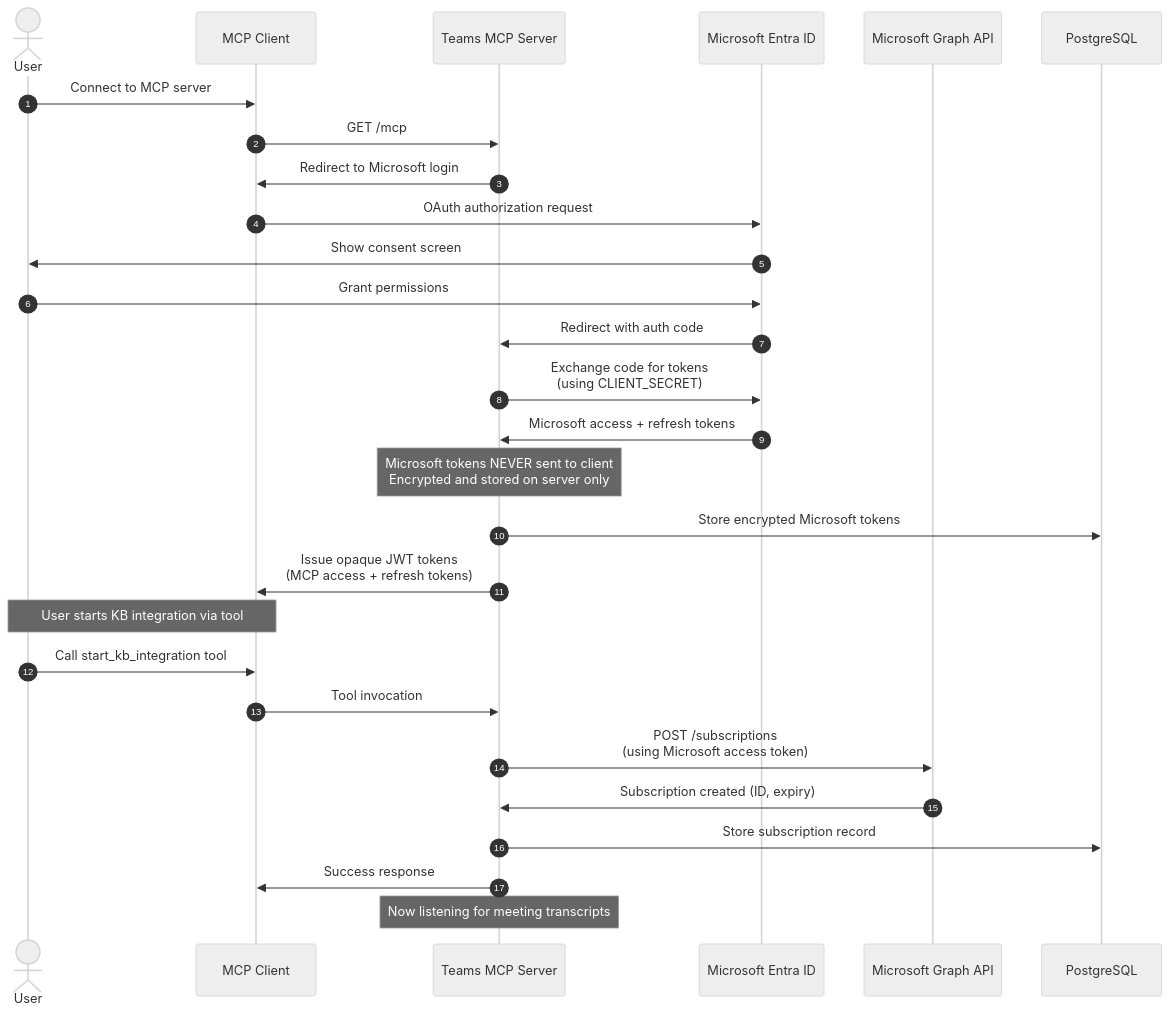
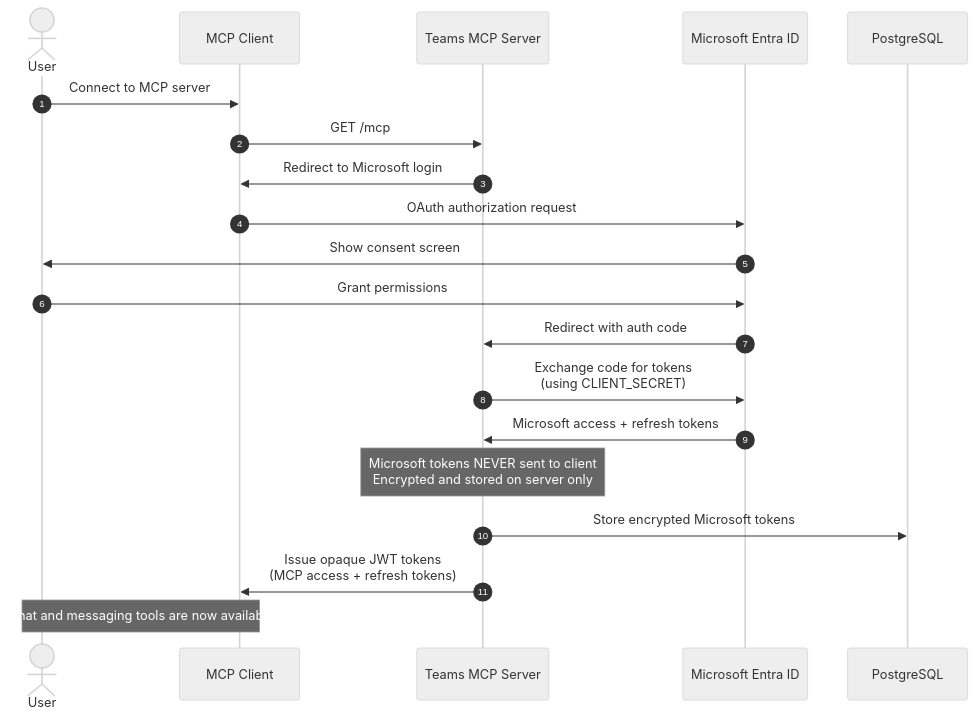
The second of 7 diagrams in services/teams-mcp/docs/technical/flows.md (Unique-AG/connectors), drawn with Mermaid before and after one commit. The commit also changed other lines of this file and 19 other files, not shown here.

First line of the commit message:
docs(recordings-and-transcripts,teams-mcp,ci): split ingestion docs into their own section

````diff
--- a/services/teams-mcp/docs/technical/flows.md
+++ b/services/teams-mcp/docs/technical/flows.md
@@ -53,34 +41,25 @@
 ```mermaid
 %%{init: {'theme': 'neutral', 'themeVariables': { 'fontSize': '14px' }}}%%
 sequenceDiagram
     autonumber
     actor User
     participant MCPClient as MCP Client
     participant TeamsMCP as Teams MCP Server
     participant EntraID as Microsoft Entra ID
-    participant MSGraph as Microsoft Graph API
     participant DB as PostgreSQL
 
     User->>MCPClient: Connect to MCP server
     MCPClient->>TeamsMCP: GET /mcp
     TeamsMCP->>MCPClient: Redirect to Microsoft login
     MCPClient->>EntraID: OAuth authorization request
     EntraID->>User: Show consent screen
     User->>EntraID: Grant permissions
     EntraID->>TeamsMCP: Redirect with auth code
     TeamsMCP->>EntraID: Exchange code for tokens<br/>(using CLIENT_SECRET)
     EntraID->>TeamsMCP: Microsoft access + refresh tokens
     Note over TeamsMCP: Microsoft tokens NEVER sent to client<br/>Encrypted and stored on server only
     TeamsMCP->>DB: Store encrypted Microsoft tokens
     TeamsMCP->>MCPClient: Issue opaque JWT tokens<br/>(MCP access + refresh tokens)
 
-    Note over User,MCPClient: User starts KB integration via tool
-    User->>MCPClient: Call start_kb_integration tool
-    MCPClient->>TeamsMCP: Tool invocation
-    TeamsMCP->>MSGraph: POST /subscriptions<br/>(using Microsoft access token)
-    MSGraph->>TeamsMCP: Subscription created (ID, expiry)
-    TeamsMCP->>DB: Store subscription record
-    TeamsMCP->>MCPClient: Success response
-
-    Note over TeamsMCP: Now listening for meeting transcripts
+    Note over User,MCPClient: Chat and messaging tools are now available
 ```
````
